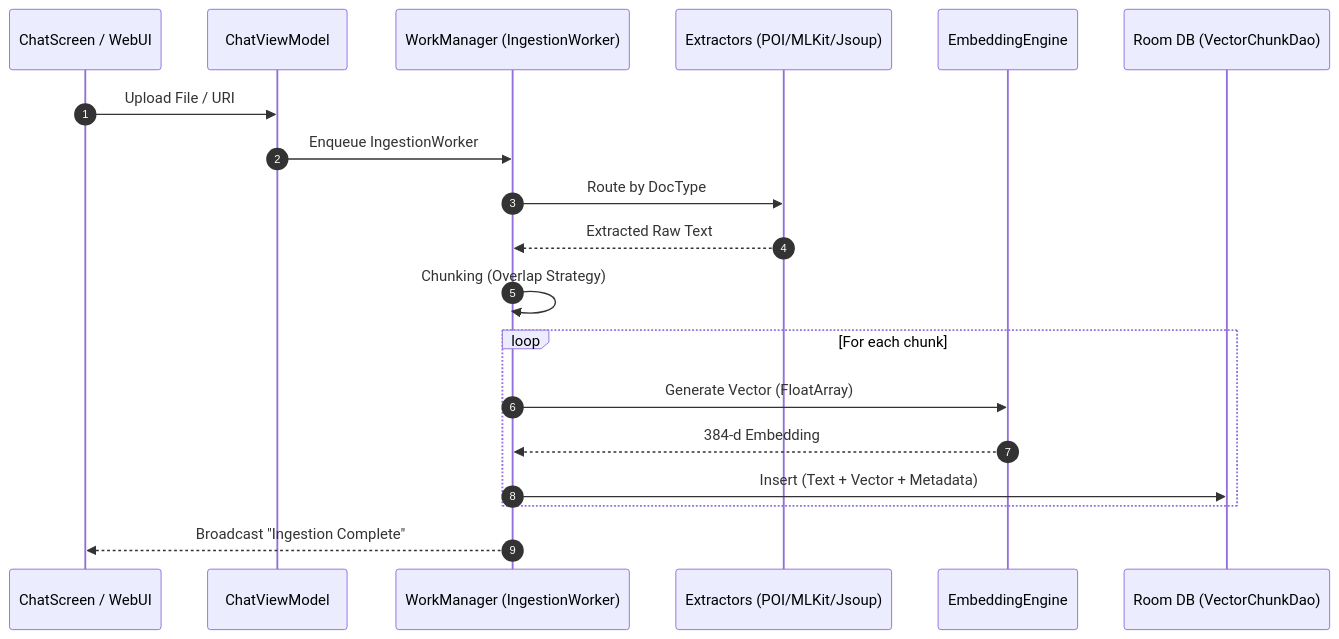
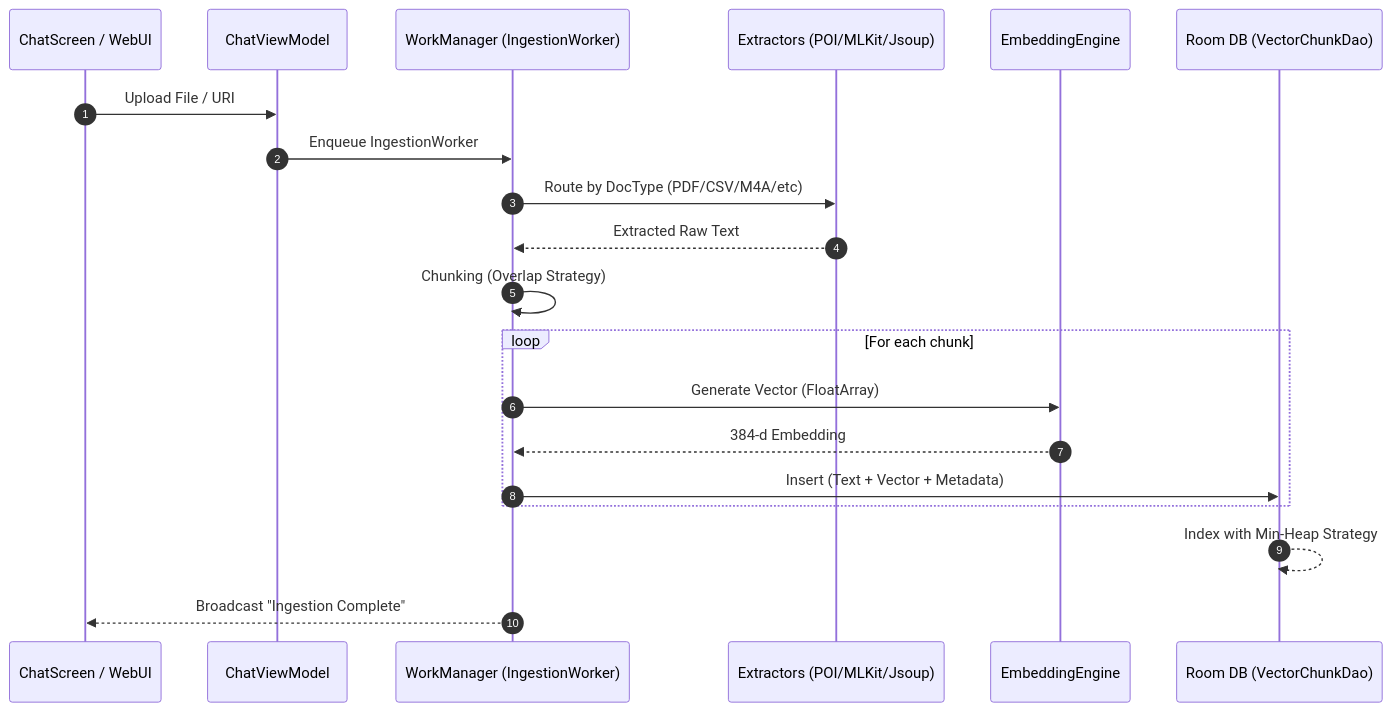
Before and after one commit to kallolchakraborty/Chhanda-AI: the third of 5 diagrams in README.md, drawn with Mermaid. The commit also changed other lines of this file and 1 other file, not shown here.

Commit message:
Docs: Restored and updated Mermaid diagrams for Architecture and RAG pipelines

````diff
--- a/README.md
+++ b/README.md
@@ -226,22 +232,23 @@
 ```mermaid
 sequenceDiagram
     autonumber
     participant UI as ChatScreen / WebUI
     participant VM as ChatViewModel
     participant WM as WorkManager (IngestionWorker)
     participant EXT as Extractors (POI/MLKit/Jsoup)
     participant EE as EmbeddingEngine
     participant DB as Room DB (VectorChunkDao)
     
     UI->>VM: Upload File / URI
     VM->>WM: Enqueue IngestionWorker
-    WM->>EXT: Route by DocType
+    WM->>EXT: Route by DocType (PDF/CSV/M4A/etc)
     EXT-->>WM: Extracted Raw Text
     WM->>WM: Chunking (Overlap Strategy)
     loop For each chunk
         WM->>EE: Generate Vector (FloatArray)
         EE-->>WM: 384-d Embedding
         WM->>DB: Insert (Text + Vector + Metadata)
     end
+    DB-->>DB: Index with Min-Heap Strategy
     WM-->>UI: Broadcast "Ingestion Complete"
 ```
````
